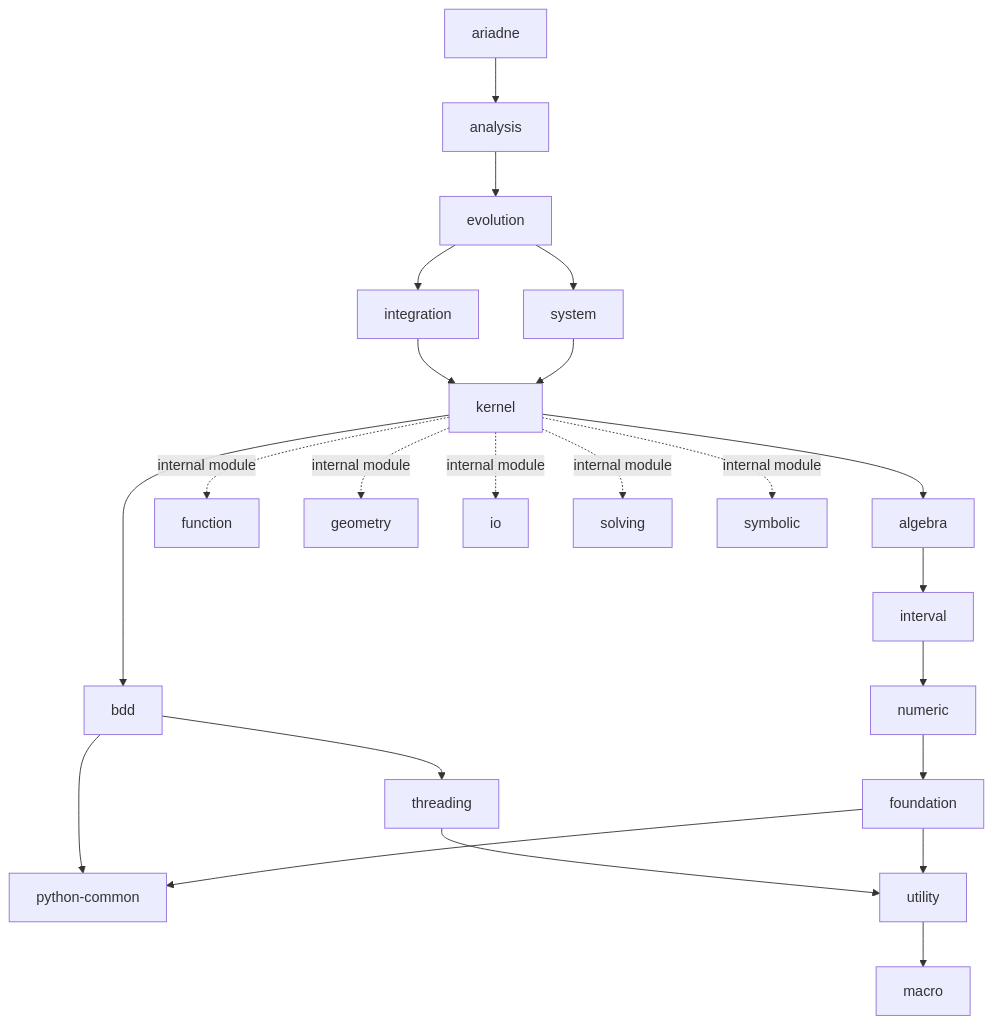
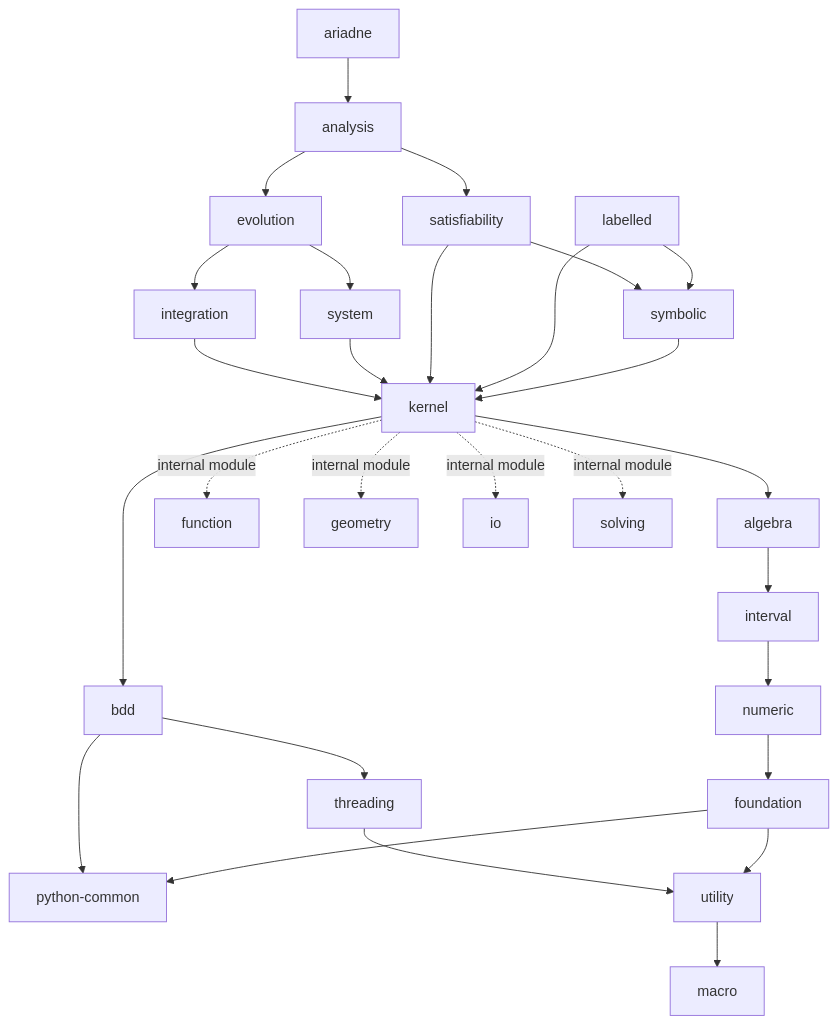
Before and after one commit to ariadne-cps/ariadne: the diagram in doc/decoupling/structure.md, drawn with Mermaid. The commit also changed other lines of this file, not shown here.

````diff
--- a/doc/decoupling/structure.md
+++ b/doc/decoupling/structure.md
@@ -29,33 +32,41 @@
 ```mermaid
 graph TD
     ariadne --> analysis
     analysis --> evolution
+    analysis --> satisfiability
 
     evolution --> integration
     evolution --> system
 
     integration --> kernel
     system --> kernel
+
+    satisfiability --> kernel
+    satisfiability --> symbolic
+
+    labelled --> kernel
+    labelled --> symbolic
+
+    symbolic --> kernel
 
     kernel --> bdd
     kernel --> algebra
 
     kernel -. internal module .-> function
     kernel -. internal module .-> geometry
     kernel -. internal module .-> io
     kernel -. internal module .-> solving
-    kernel -. internal module .-> symbolic
 
     bdd --> threading
     bdd --> python_common["python-common"]
 
     threading --> utility
     utility --> macro
 
     algebra --> interval
     interval --> numeric
     numeric --> foundation
 
     foundation --> utility
     foundation --> python_common
 ```
````
